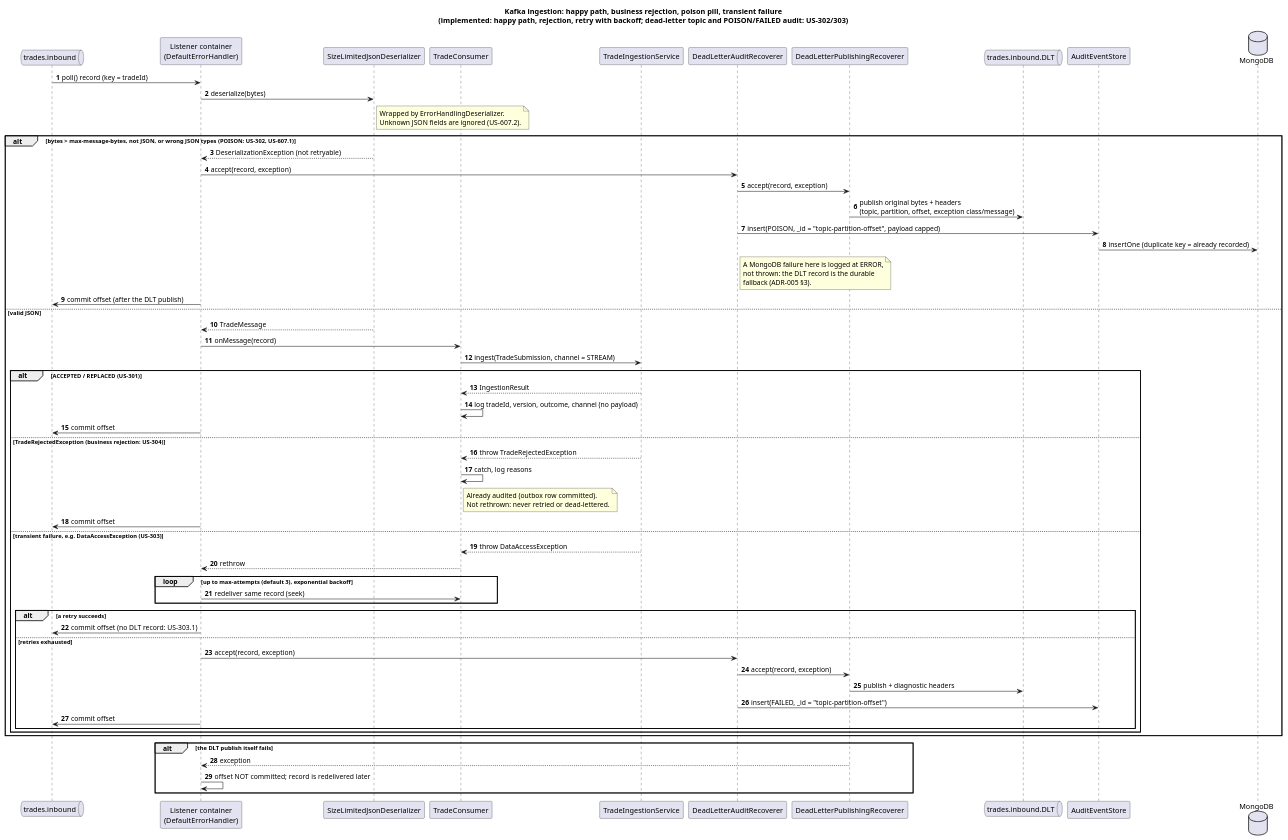
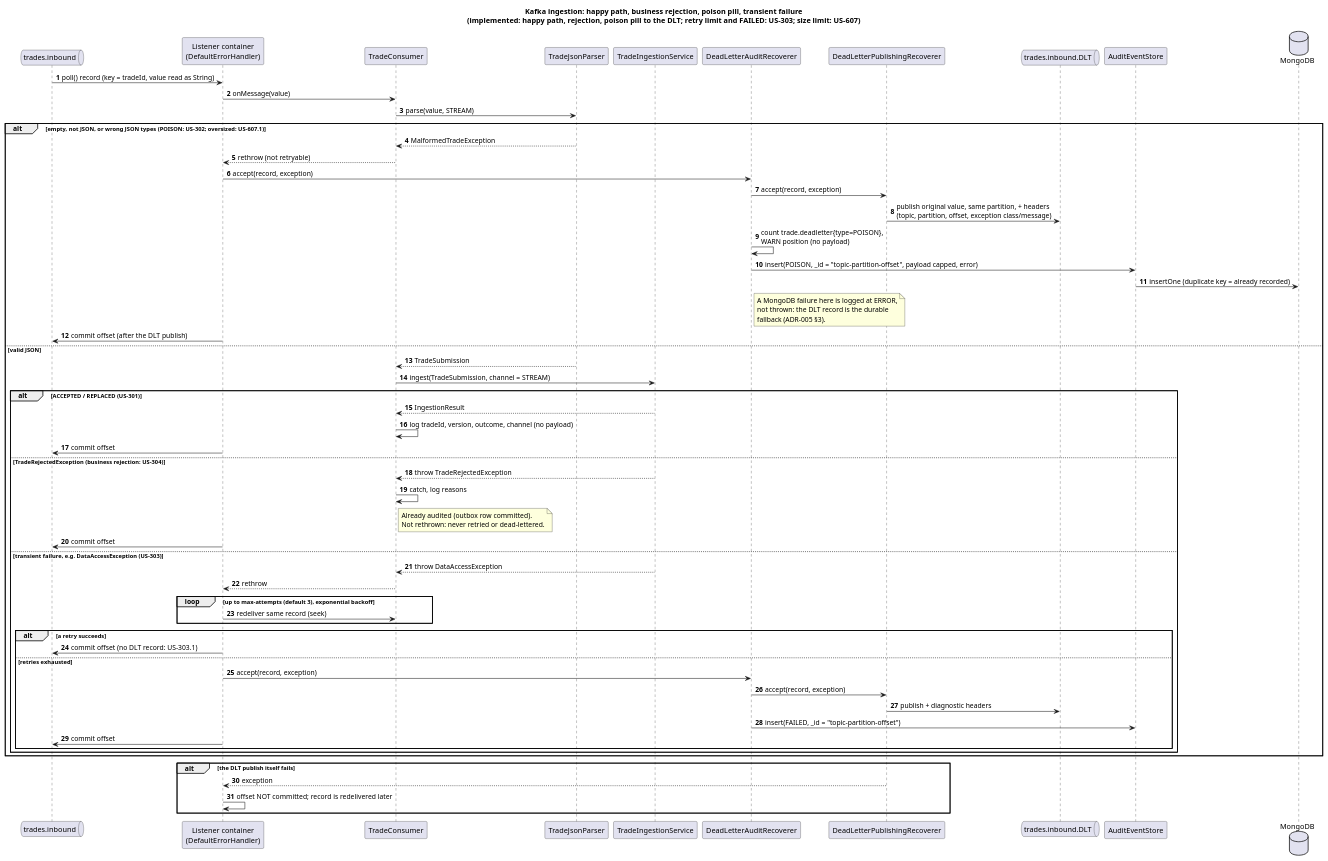
One commit to kuldipkumar/Trade-store changed the diagram in docs/diagrams/05-seq-stream-ingestion.puml. Above: the diagram before and after it, drawn with PlantUML. The commit also changed 8 other files, not shown here.

Commit message:
docs: US-302 LLD, class and stream sequence diagrams match the code; test review; PROMPTS

```diff
--- a/docs/diagrams/05-seq-stream-ingestion.puml
+++ b/docs/diagrams/05-seq-stream-ingestion.puml
@@ -1,79 +1,77 @@
 @startuml 05-seq-stream-ingestion
-title Kafka ingestion: happy path, business rejection, poison pill, transient failure\n(implemented: happy path, rejection, retry with backoff; dead-letter topic and POISON/FAILED audit: US-302/303)
+title Kafka ingestion: happy path, business rejection, poison pill, transient failure\n(implemented: happy path, rejection, poison pill to the DLT; retry limit and FAILED: US-303; size limit: US-607)
 
 autonumber
 queue "trades.inbound" as Topic
 participant "Listener container\n(DefaultErrorHandler)" as Container
-participant SizeLimitedJsonDeserializer
 participant TradeConsumer
+participant TradeJsonParser
 participant TradeIngestionService
 participant DeadLetterAuditRecoverer
 participant DeadLetterPublishingRecoverer
 queue "trades.inbound.DLT" as DLT
 participant AuditEventStore
 database MongoDB
 
-Topic -> Container : poll() record (key = tradeId)
-Container -> SizeLimitedJsonDeserializer : deserialize(bytes)
-note right of SizeLimitedJsonDeserializer
-  Wrapped by ErrorHandlingDeserializer.
-  Unknown JSON fields are ignored (US-607.2).
-end note
+Topic -> Container : poll() record (key = tradeId, value read as String)
+Container -> TradeConsumer : onMessage(value)
+TradeConsumer -> TradeJsonParser : parse(value, STREAM)
 
-alt bytes > max-message-bytes, not JSON, or wrong JSON types (POISON: US-302, US-607.1)
-  SizeLimitedJsonDeserializer --> Container : DeserializationException (not retryable)
+alt empty, not JSON, or wrong JSON types (POISON: US-302; oversized: US-607.1)
+  TradeJsonParser --> TradeConsumer : MalformedTradeException
+  TradeConsumer --> Container : rethrow (not retryable)
   Container -> DeadLetterAuditRecoverer : accept(record, exception)
   DeadLetterAuditRecoverer -> DeadLetterPublishingRecoverer : accept(record, exception)
-  DeadLetterPublishingRecoverer -> DLT : publish original bytes + headers\n(topic, partition, offset, exception class/message)
-  DeadLetterAuditRecoverer -> AuditEventStore : insert(POISON, _id = "topic-partition-offset", payload capped)
+  DeadLetterPublishingRecoverer -> DLT : publish original value, same partition, + headers\n(topic, partition, offset, exception class/message)
+  DeadLetterAuditRecoverer -> DeadLetterAuditRecoverer : count trade.deadletter{type=POISON},\nWARN position (no payload)
+  DeadLetterAuditRecoverer -> AuditEventStore : insert(POISON, _id = "topic-partition-offset", payload capped, error)
   AuditEventStore -> MongoDB : insertOne (duplicate key = already recorded)
   note right of DeadLetterAuditRecoverer
     A MongoDB failure here is logged at ERROR,
     not thrown: the DLT record is the durable
     fallback (ADR-005 §3).
   end note
   Container -> Topic : commit offset (after the DLT publish)
 
 else valid JSON
-  SizeLimitedJsonDeserializer --> Container : TradeMessage
-  Container -> TradeConsumer : onMessage(record)
+  TradeJsonParser --> TradeConsumer : TradeSubmission
   TradeConsumer -> TradeIngestionService : ingest(TradeSubmission, channel = STREAM)
 
   alt ACCEPTED / REPLACED (US-301)
     TradeIngestionService --> TradeConsumer : IngestionResult
     TradeConsumer -> TradeConsumer : log tradeId, version, outcome, channel (no payload)
     Container -> Topic : commit offset
 
   else TradeRejectedException (business rejection: US-304)
     TradeIngestionService --> TradeConsumer : throw TradeRejectedException
     TradeConsumer -> TradeConsumer : catch, log reasons
     note right of TradeConsumer
       Already audited (outbox row committed).
       Not rethrown: never retried or dead-lettered.
     end note
     Container -> Topic : commit offset
 
   else transient failure, e.g. DataAccessException (US-303)
     TradeIngestionService --> TradeConsumer : throw DataAccessException
     TradeConsumer --> Container : rethrow
     loop up to max-attempts (default 3), exponential backoff
       Container -> TradeConsumer : redeliver same record (seek)
     end
     alt a retry succeeds
       Container -> Topic : commit offset (no DLT record: US-303.1)
     else retries exhausted
       Container -> DeadLetterAuditRecoverer : accept(record, exception)
       DeadLetterAuditRecoverer -> DeadLetterPublishingRecoverer : accept(record, exception)
       DeadLetterPublishingRecoverer -> DLT : publish + diagnostic headers
       DeadLetterAuditRecoverer -> AuditEventStore : insert(FAILED, _id = "topic-partition-offset")
       Container -> Topic : commit offset
     end
   end
 end
 
 alt the DLT publish itself fails
   DeadLetterPublishingRecoverer --> Container : exception
   Container -> Container : offset NOT committed; record is redelivered later
 end
 
 @enduml
```
